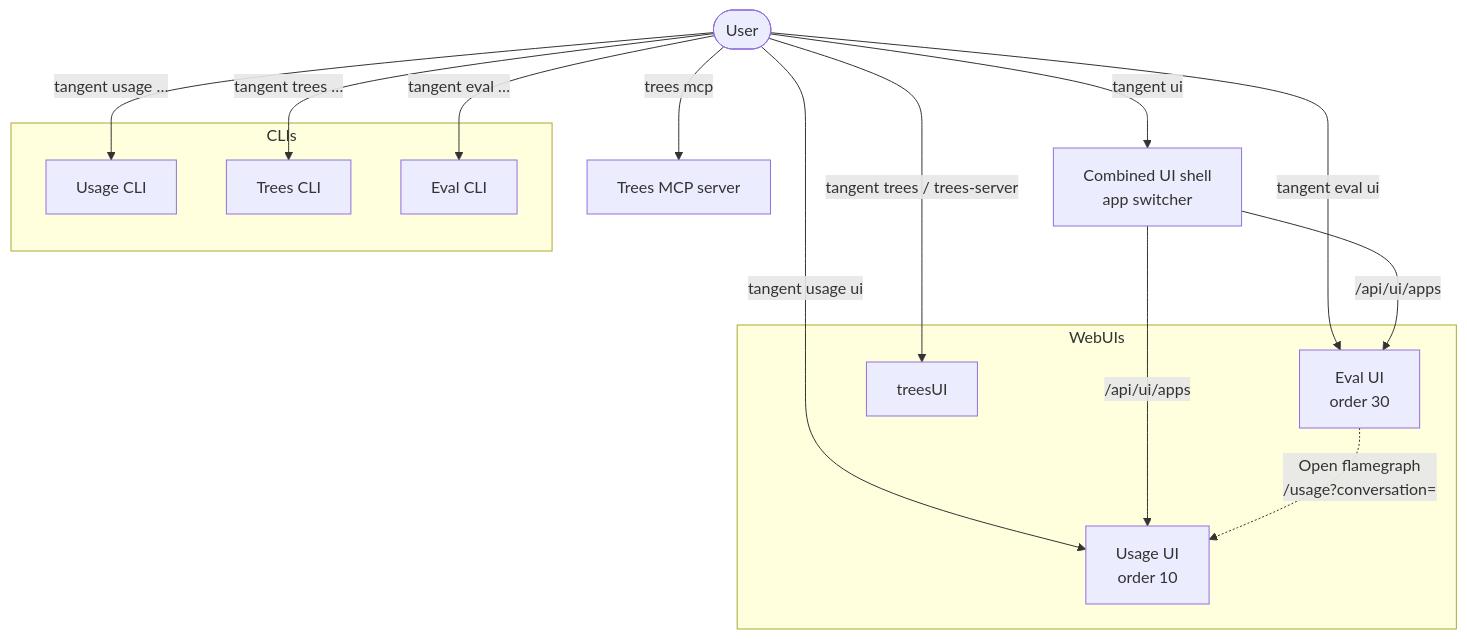
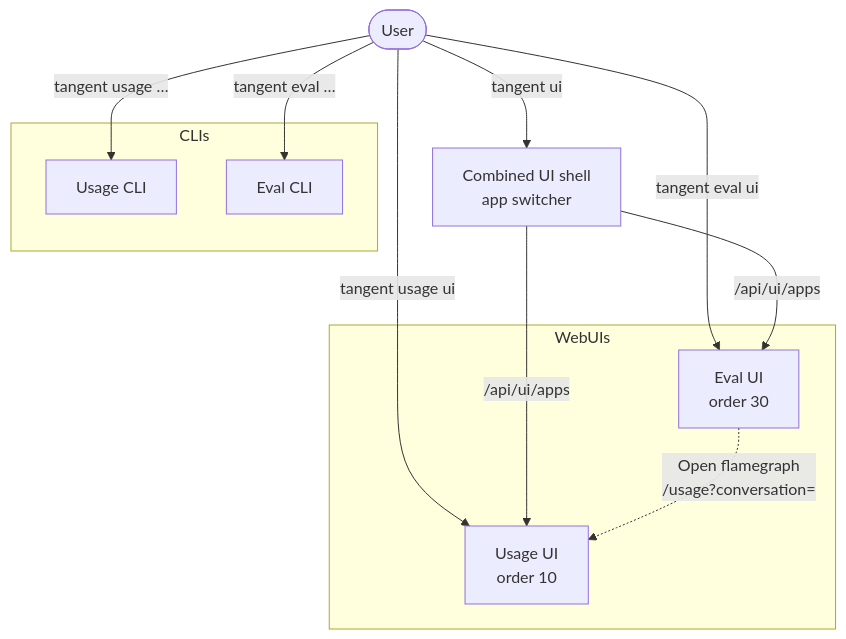
Before and after one commit to jkasimotto/tangent: the first of 3 diagrams in docs/ux/ux-map.md, drawn with Mermaid. The commit also changed other lines of this file and 351 other files, not shown here.

````diff
--- a/docs/ux/ux-map.md
+++ b/docs/ux/ux-map.md
@@ -31,28 +30,23 @@
 ```mermaid
 graph TD
   user([User])
   user -->|tangent ui| shell[Combined UI shell<br/>app switcher]
   user -->|tangent usage ui| usageUI
   user -->|tangent eval ui| evalUI
-  user -->|tangent trees / trees-server| treesUI
   user -->|tangent usage …| usageCLI[Usage CLI]
-  user -->|tangent trees …| treesCLI[Trees CLI]
   user -->|tangent eval …| evalCLI[Eval CLI]
-  user -->|trees mcp| treesMCP[Trees MCP server]
 
   shell -->|/api/ui/apps| usageUI[Usage UI<br/>order 10]
   shell -->|/api/ui/apps| evalUI[Eval UI<br/>order 30]
 
   evalUI -.->|Open flamegraph<br/>/usage?conversation=| usageUI
 
   subgraph CLIs
     usageCLI
-    treesCLI
     evalCLI
   end
   subgraph WebUIs
     usageUI
     evalUI
-    treesUI
   end
 ```
````
